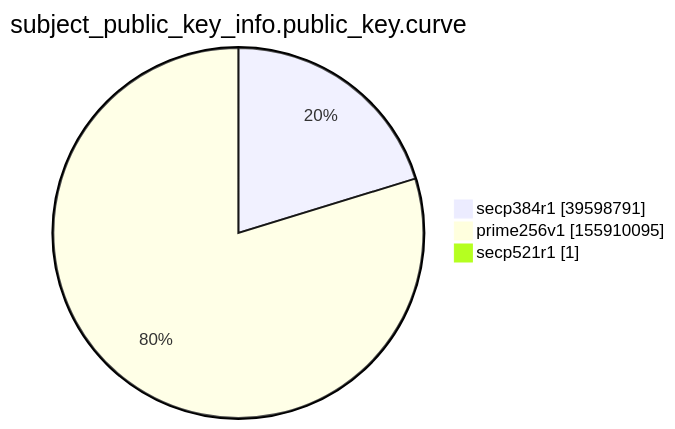
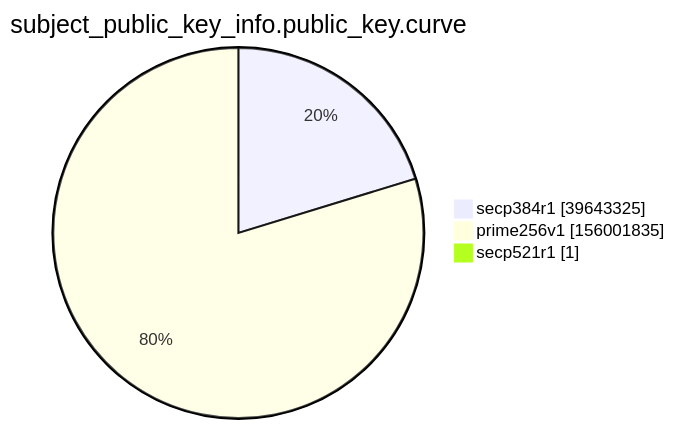
Before and after one commit to christiankrug/ctmonitor_visualization: the ninth of 15 diagrams in xenon2022/README.md, drawn with Mermaid. The commit also changed other lines of this file, not shown here.

````diff
--- a/xenon2022/README.md
+++ b/xenon2022/README.md
@@ -2865,7 +2865,7 @@
 ```mermaid
 pie showData
 title subject_public_key_info.public_key.curve
-"secp384r1" :39598791
-"prime256v1" :155910095
+"secp384r1" :39643325
+"prime256v1" :156001835
 "secp521r1" :1
 ```
````
